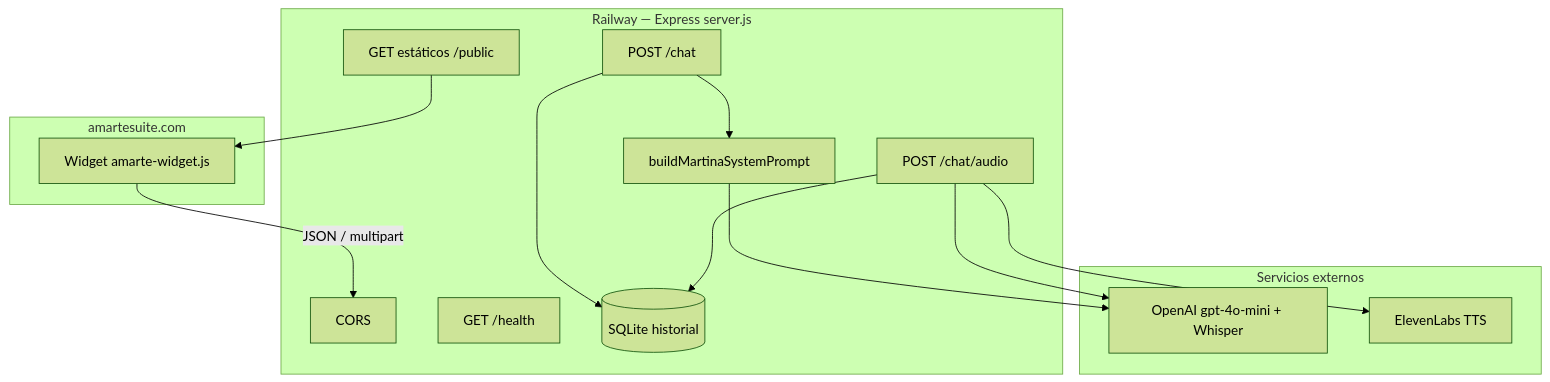
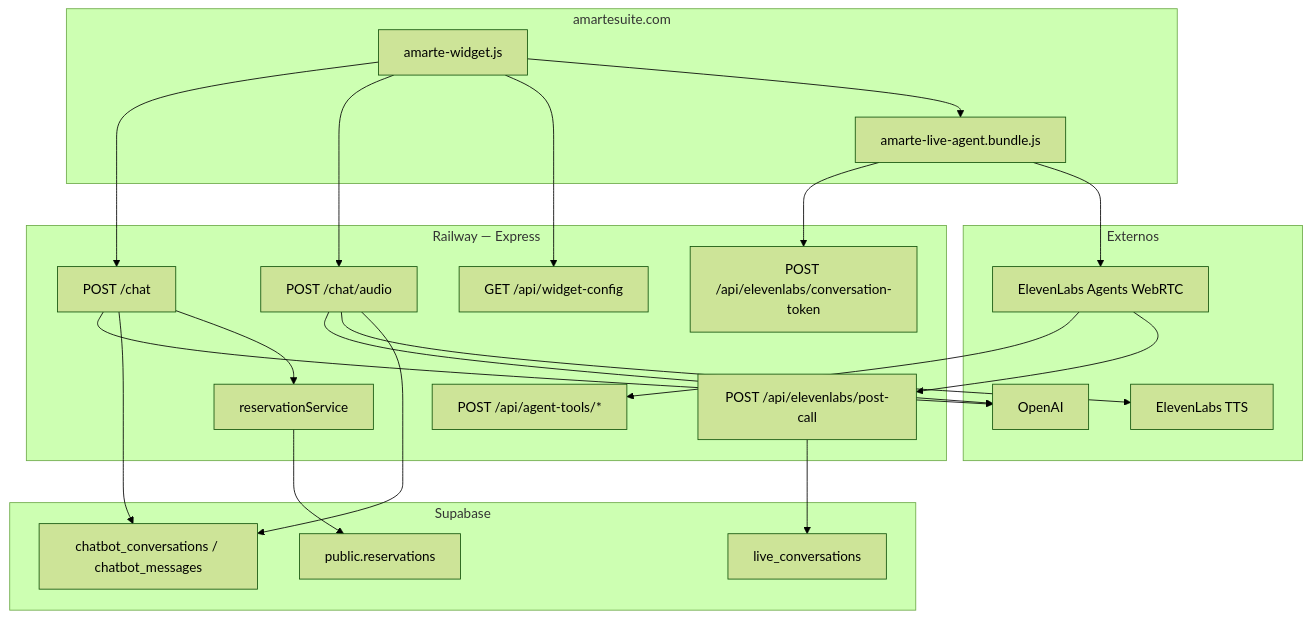
Before and after one commit to gogavi/ChatBotAmarte: the first of 2 diagrams in DOSIER.md, drawn with Mermaid (forest theme). The commit also changed other lines of this file and 30 other files, not shown here.

First line of the commit message:
Implement live voice feature and enhance configuration for ElevenLabs integration

````diff
--- a/DOSIER.md
+++ b/DOSIER.md
@@ -40,29 +50,42 @@
 ```mermaid
 flowchart TB
   subgraph sitio["amartesuite.com"]
-    W["Widget amarte-widget.js"]
+    W["amarte-widget.js"]
+    Bundle["amarte-live-agent.bundle.js"]
   end
 
-  subgraph railway["Railway — Express server.js"]
-    CORS["CORS"]
+  subgraph railway["Railway — Express"]
     CHAT["POST /chat"]
     AUDIO["POST /chat/audio"]
-    STATIC["GET estáticos /public"]
-    HEALTH["GET /health"]
-    STORE[("SQLite historial")]
-    PROMPT["buildMartinaSystemPrompt"]
+    CFG["GET /api/widget-config"]
+    TOK["POST /api/elevenlabs/conversation-token"]
+    TOOLS["POST /api/agent-tools/*"]
+    HOOK["POST /api/elevenlabs/post-call"]
+    RES["reservationService"]
   end
 
-  subgraph externos["Servicios externos"]
-    OAI["OpenAI gpt-4o-mini + Whisper"]
-    EL["ElevenLabs TTS"]
+  subgraph supabase["Supabase"]
+    HIST["chatbot_conversations / chatbot_messages"]
+    LIVE["live_conversations"]
+    RSV["public.reservations"]
   end
 
-  W -->|JSON / multipart| CORS
-  CHAT --> PROMPT --> OAI
-  AUDIO --> OAI
+  subgraph externos["Externos"]
+    OAI["OpenAI"]
+    EL["ElevenLabs TTS"]
+    ELA["ElevenLabs Agents WebRTC"]
+  end
+
+  W --> CHAT --> OAI
+  W --> AUDIO --> OAI
   AUDIO --> EL
-  CHAT --> STORE
-  AUDIO --> STORE
-  STATIC --> W
+  CHAT --> HIST
+  AUDIO --> HIST
+  CHAT --> RES --> RSV
+  W --> CFG
+  W --> Bundle
+  Bundle --> TOK
+  Bundle --> ELA
+  ELA --> TOOLS
+  ELA --> HOOK --> LIVE
 ```
````
